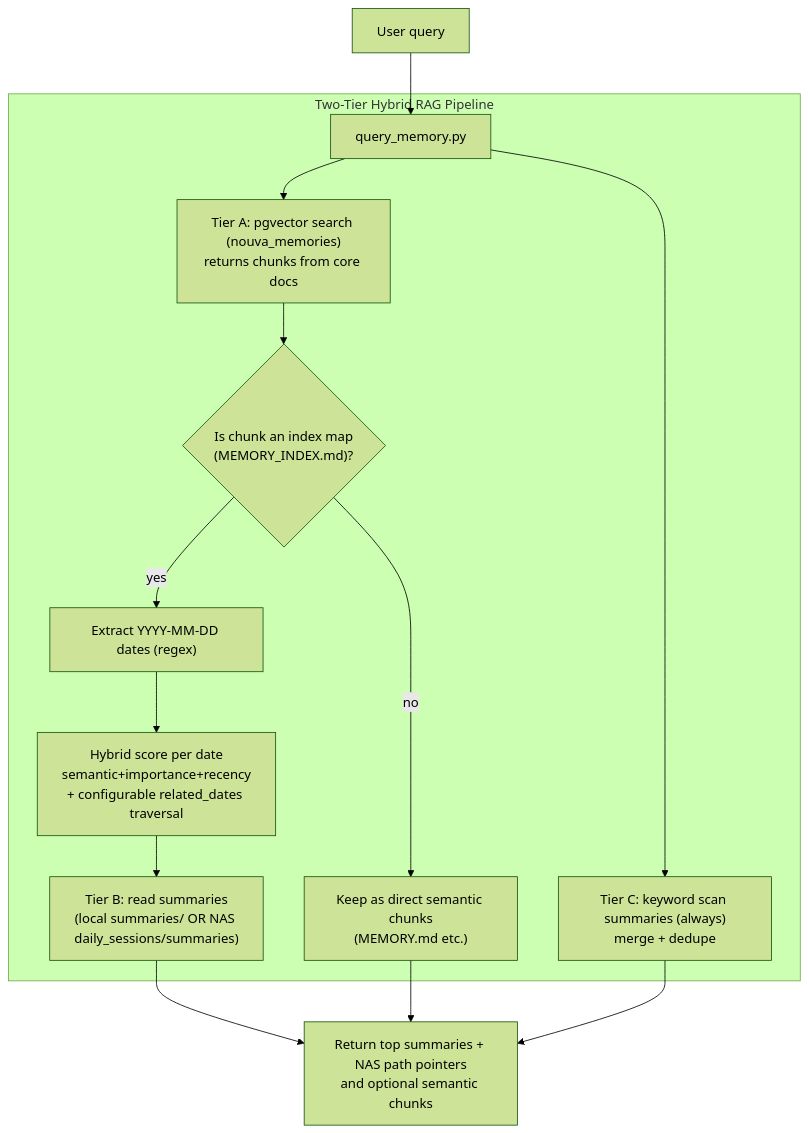
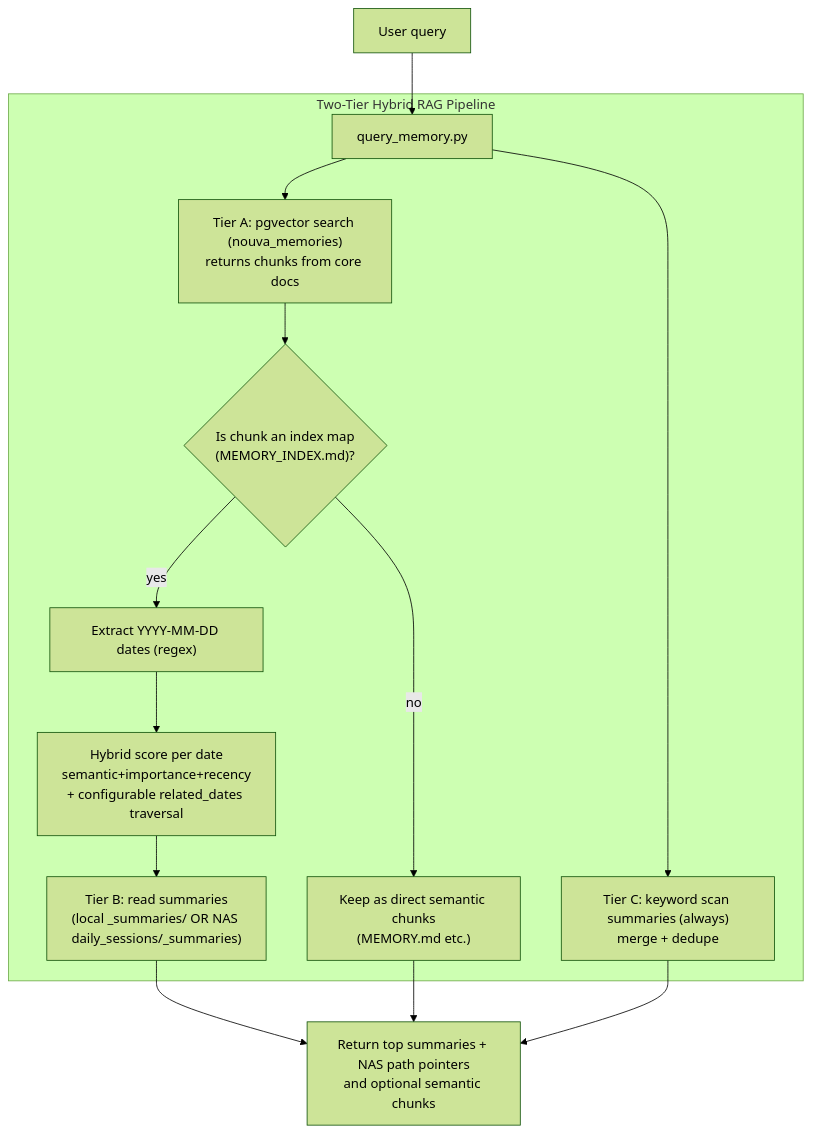
The third of 4 diagrams in src/skills/memory_engine/ARCHITECTURE.md (nouverse-tech/nouva-mcp-server), drawn with Mermaid (forest theme) before and after one commit. The commit also changed other lines of this file and 2 other files, not shown here.

````diff
--- a/src/skills/memory_engine/ARCHITECTURE.md
+++ b/src/skills/memory_engine/ARCHITECTURE.md
@@ -147,20 +155,20 @@
 ```mermaid
 flowchart TD
   U["User query"] --> QM["query_memory.py"]
 
   subgraph RAG["Two-Tier Hybrid RAG Pipeline"]
     QM --> V["Tier A: pgvector search (nouva_memories)\nreturns chunks from core docs"]
     V --> D{"Is chunk an index map\n(MEMORY_INDEX.md)?"}
     D -->|yes| EX["Extract YYYY-MM-DD dates (regex)"]
     D -->|no| RC["Keep as direct semantic chunks\n(MEMORY.md etc.)"]
 
     EX --> HS["Hybrid score per date\nsemantic+importance+recency\n+ configurable related_dates traversal"]
-    HS --> SUM["Tier B: read summaries\n(local summaries/ OR NAS daily_sessions/summaries)"]
+    HS --> SUM["Tier B: read summaries\n(local _summaries/ OR NAS daily_sessions/_summaries)"]
 
     QM --> KW["Tier C: keyword scan summaries (always)\nmerge + dedupe"]
   end
 
   SUM --> OUT["Return top summaries + NAS path pointers\nand optional semantic chunks"]
   KW --> OUT
   RC --> OUT
 ```
````
